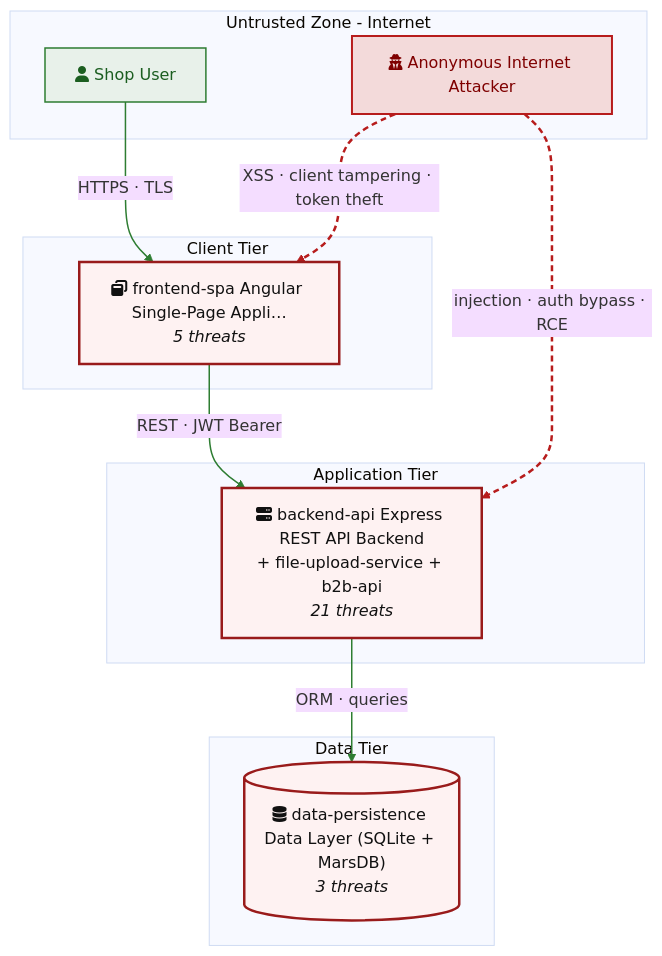
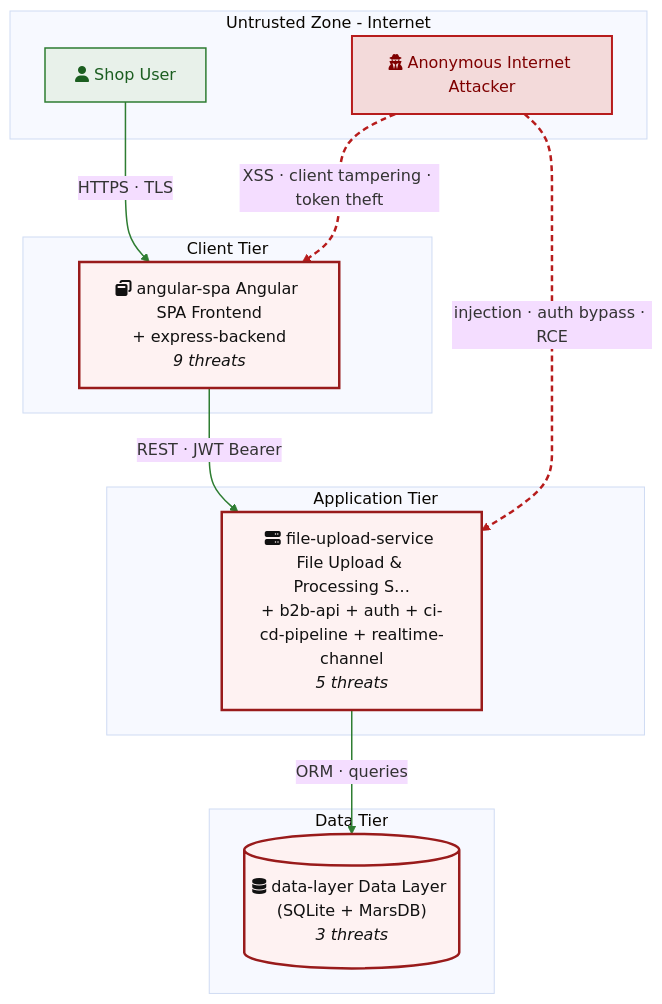
One commit to appsec-foundry/appsec-advisor changed the third of 4 diagrams in tests/fixtures/e2e/_repair-run/.fragments/architecture-diagrams.md. Above: the diagram before and after it, drawn with Mermaid (base theme). The commit also changed other lines of this file and 184 other files, not shown here.

````diff
--- a/tests/fixtures/e2e/_repair-run/.fragments/architecture-diagrams.md
+++ b/tests/fixtures/e2e/_repair-run/.fragments/architecture-diagrams.md
@@ -63,28 +76,28 @@
 ```mermaid
 flowchart TD
     subgraph EXT["Untrusted Zone - Internet"]
         INTERNET_ANON["fa:fa-user-secret Anonymous Internet Attacker"]:::threat
         VICTIM_REQUIRED["fa:fa-user Shop User"]:::legit
     end
     subgraph CLIENT["Client Tier"]
-        frontend_spa["fa:fa-window-restore frontend-spa Angular Single-Page Appli…<br/><i>5 threats</i>"]:::risk
+        angular_spa["fa:fa-window-restore angular-spa Angular SPA Frontend<br/>+ express-backend<br/><i>9 threats</i>"]:::risk
     end
     subgraph APP["Application Tier"]
-        backend_api["fa:fa-server backend-api Express REST API Backend<br/>+ file-upload-service + b2b-api<br/><i>21 threats</i>"]:::risk
+        file_upload_service["fa:fa-server file-upload-service File Upload & Processing S…<br/>+ b2b-api + auth + ci-cd-pipeline + realtime-channel<br/><i>5 threats</i>"]:::risk
     end
     subgraph DATA["Data Tier"]
-        data_persistence[("fa:fa-database data-persistence Data Layer (SQLite + MarsDB)<br/><i>3 threats</i>")]:::risk
+        data_layer[("fa:fa-database data-layer Data Layer (SQLite + MarsDB)<br/><i>3 threats</i>")]:::risk
     end
-    VICTIM_REQUIRED -->|"HTTPS · TLS"| frontend_spa
-    frontend_spa -->|"REST · JWT Bearer"| backend_api
-    backend_api -->|"ORM · queries"| data_persistence
-    INTERNET_ANON -.->|"injection · auth bypass · RCE"| backend_api
-    INTERNET_ANON -.->|"XSS · client tampering · token theft"| frontend_spa
+    VICTIM_REQUIRED -->|"HTTPS · TLS"| angular_spa
+    angular_spa -->|"REST · JWT Bearer"| file_upload_service
+    file_upload_service -->|"ORM · queries"| data_layer
+    INTERNET_ANON -.->|"injection · auth bypass · RCE"| file_upload_service
+    INTERNET_ANON -.->|"XSS · client tampering · token theft"| angular_spa
 
     classDef legit fill:#e8f1ea,stroke:#2e7d32,color:#1b5e20,stroke-width:1.5px
     classDef threat fill:#f3dada,stroke:#b71c1c,color:#7f0000,stroke-width:2px
     classDef external fill:#f2f2f2,stroke:#424242,color:#212121,stroke-width:1.5px
     classDef risk fill:#fef2f2,stroke:#991b1b,color:#111,stroke-width:2.5px
     linkStyle 0,1,2 stroke:#2e7d32,stroke-width:1.5px
     linkStyle 3,4 stroke:#b71c1c,stroke-width:2.5px,stroke-dasharray:6 4
 ```
````
